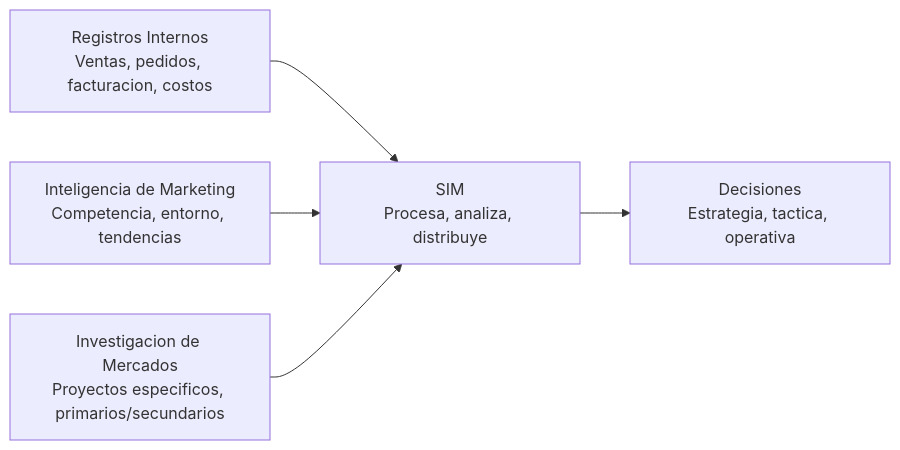
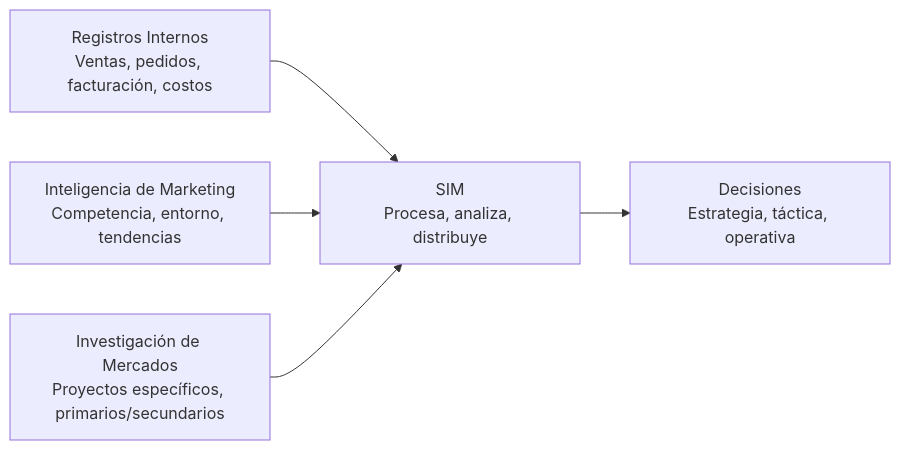
Before and after one commit to Mateo-404/AGI: the second of 3 diagrams in contenido/gestion-ventas/lecciones/l4-1.md, drawn with Mermaid. The commit also changed other lines of this file and 51 other files, not shown here.

First line of the commit message:
gestion-ventas: fix mermaid diagrams, referencias format, and interactive blocks

````diff
--- a/contenido/gestion-ventas/lecciones/l4-1.md
+++ b/contenido/gestion-ventas/lecciones/l4-1.md
@@ -67,7 +69,7 @@
 ```mermaid Componentes del SIM
 flowchart LR
-  IR[Registros Internos<br/>Ventas, pedidos, facturacion, costos] --> SIM[SIM<br/>Procesa, analiza, distribuye]
+  IR[Registros Internos<br/>Ventas, pedidos, facturación, costos] --> SIM[SIM<br/>Procesa, analiza, distribuye]
   IRM[Inteligencia de Marketing<br/>Competencia, entorno, tendencias] --> SIM
-  IM[Investigacion de Mercados<br/>Proyectos especificos, primarios/secundarios] --> SIM
-  SIM --> DEC[Decisiones<br/>Estrategia, tactica, operativa]
+  IM[Investigación de Mercados<br/>Proyectos específicos, primarios/secundarios] --> SIM
+  SIM --> DEC[Decisiones<br/>Estrategia, táctica, operativa]
 ```
````
